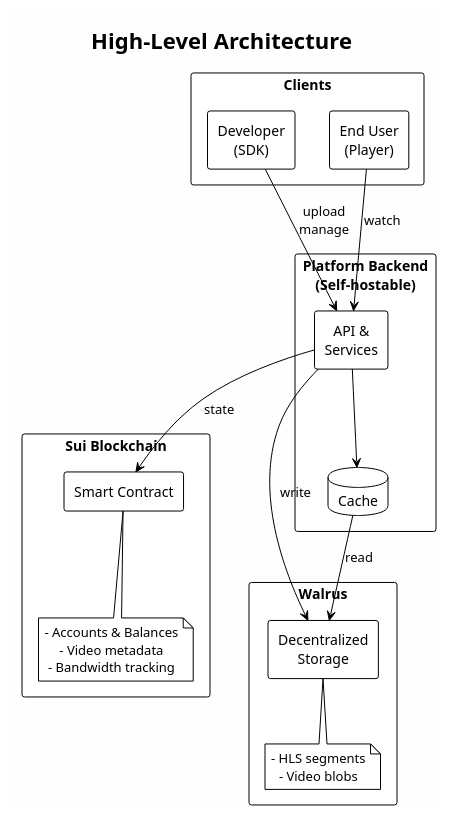
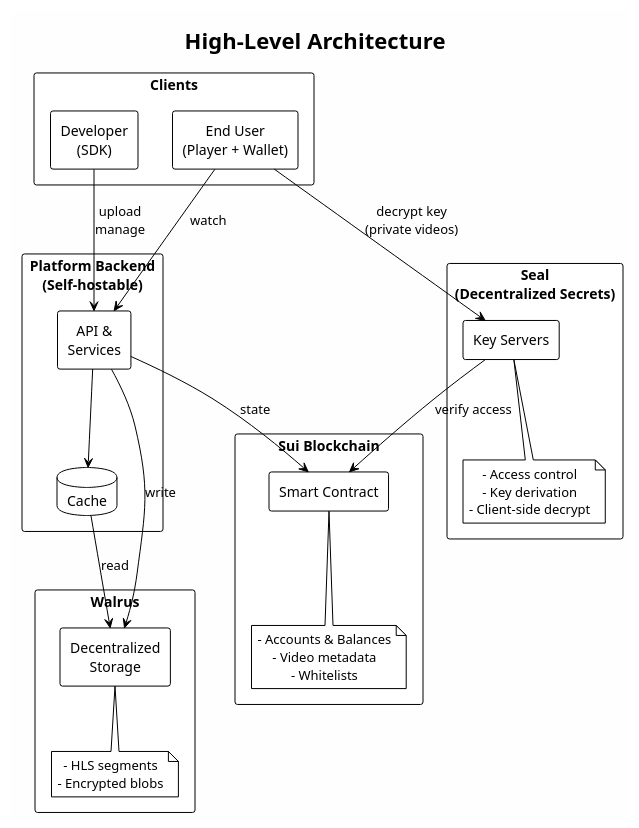
The diagram in diagrams/08-component-overview.puml (node101-io/walrus-rfp-timeline-milestones), drawn with PlantUML before and after one commit. The commit also changed 5 other files, not shown here.

```diff
--- a/diagrams/08-component-overview.puml
+++ b/diagrams/08-component-overview.puml
@@ -1,54 +1,67 @@
 @startuml 08-component-overview
 
 !theme plain
 skinparam backgroundColor #FEFEFE
 skinparam componentStyle rectangle
 skinparam defaultTextAlignment center
 skinparam packagePadding 20
 
 title High-Level Architecture
 
 top to bottom direction
 
 ' === CLIENTS ===
 rectangle "Clients" {
     [Developer\n(SDK)] as Dev
-    [End User\n(Player)] as User
+    [End User\n(Player + Wallet)] as User
 }
 
 ' === PLATFORM ===
 rectangle "Platform Backend\n(Self-hostable)" as Platform {
     [API &\nServices] as API
     database "Cache" as Cache
 }
 
+' === SEAL ===
+rectangle "Seal\n(Decentralized Secrets)" as SealBox {
+    [Key Servers] as Seal
+    note bottom of Seal
+      - Access control
+      - Key derivation
+      - Client-side decrypt
+    end note
+}
+
 ' === BLOCKCHAIN ===
 rectangle "Sui Blockchain" as Sui {
     [Smart Contract] as Contract
     note bottom of Contract
       - Accounts & Balances
       - Video metadata
-      - Bandwidth tracking
+      - Whitelists
     end note
 }
 
 ' === STORAGE ===
 rectangle "Walrus" as Walrus {
     [Decentralized\nStorage] as Storage
     note bottom of Storage
       - HLS segments
-      - Video blobs
+      - Encrypted blobs
     end note
 }
 
 ' === CONNECTIONS ===
 Dev --> API : upload\nmanage
 User --> API : watch
 
 API --> Cache
 Cache --> Storage : read
 
 API --> Contract : state
 API --> Storage : write
 
+User --> Seal : decrypt key\n(private videos)
+Seal --> Contract : verify access
+
 @enduml
```
